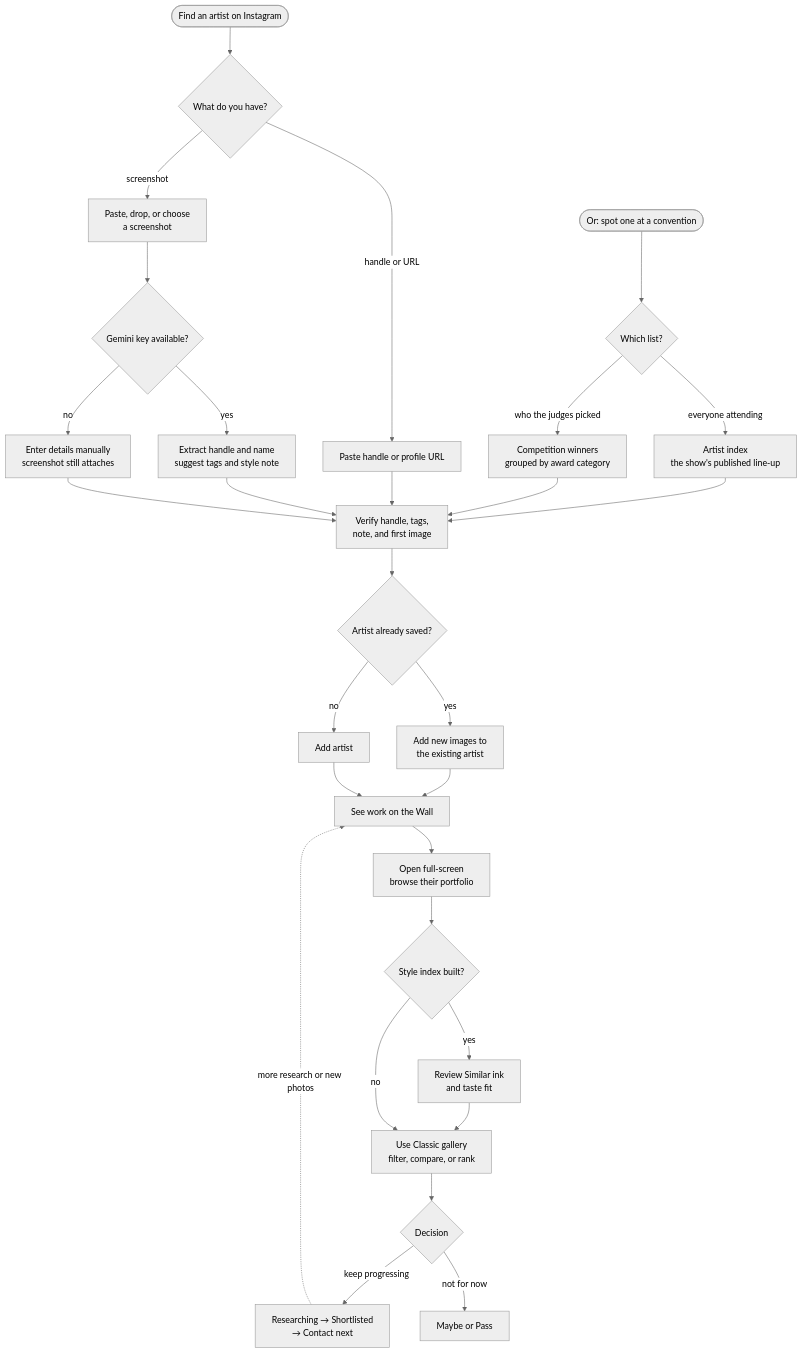
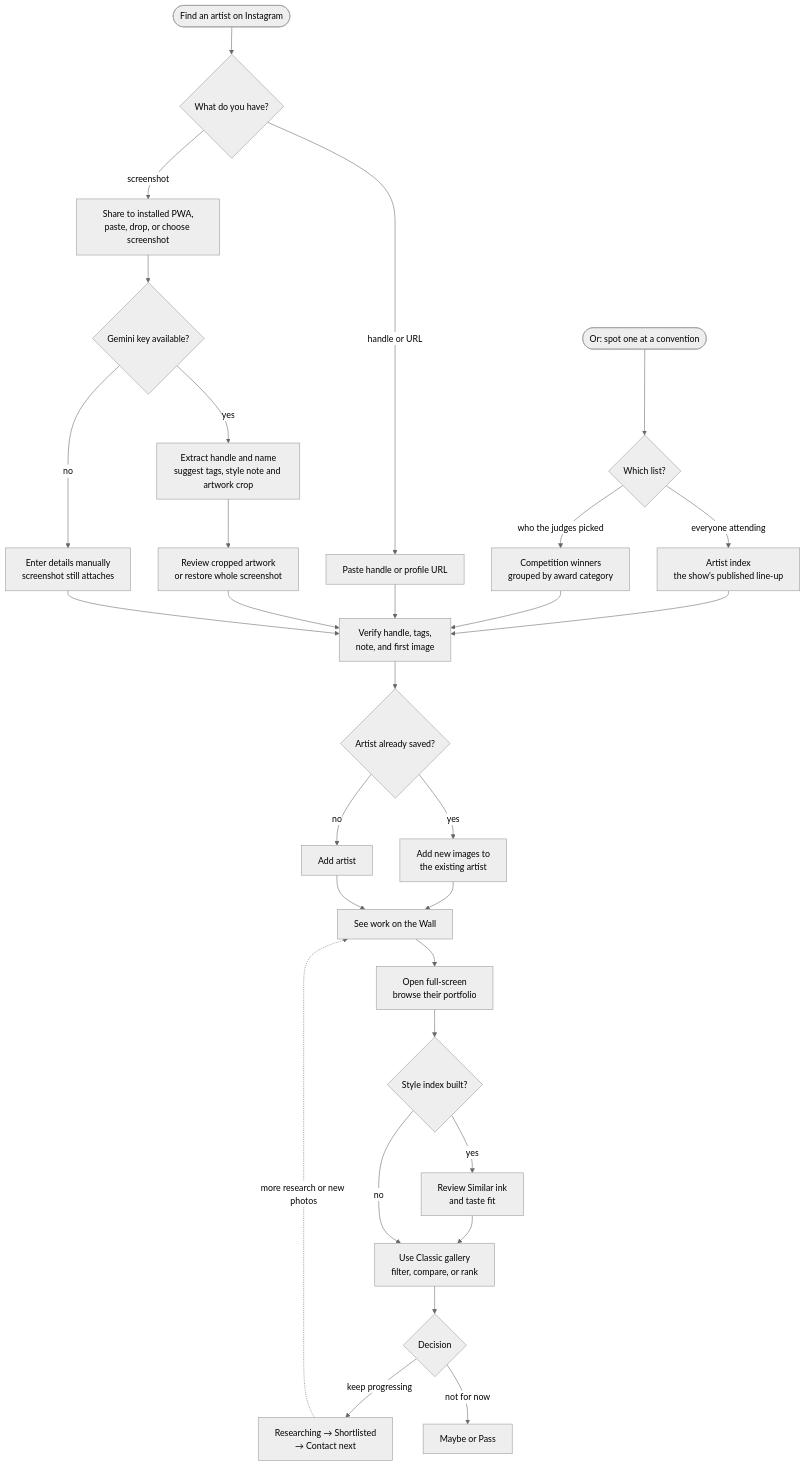
The second of 7 diagrams in docs/USER-WORKFLOWS.md (Pritesh1980/sable), drawn with Mermaid (neutral theme) before and after one commit. The commit also changed other lines of this file and 3 other files, not shown here.

First line of the commit message:
docs: catch up docs with share target, crop review and Top picks

````diff
--- a/docs/USER-WORKFLOWS.md
+++ b/docs/USER-WORKFLOWS.md
@@ -50,45 +50,46 @@
 ```mermaid
 flowchart TB
   START(["Find an artist on Instagram"])
   SHOW(["Or: spot one at a convention"])
   RADARIN{"Which list?"}
   LINEUP["Artist index<br/>the show's published line-up"]
   WINNERS["Competition winners<br/>grouped by award category"]
   CAPTURE{"What do you have?"}
-  SHOT["Paste, drop, or choose<br/>a screenshot"]
+  SHOT["Share to installed PWA,<br/>paste, drop, or choose screenshot"]
   HANDLE["Paste handle or profile URL"]
   KEY{"Gemini key available?"}
-  ANALYSE["Extract handle and name<br/>suggest tags and style note"]
+  ANALYSE["Extract handle and name<br/>suggest tags, style note and artwork crop"]
+  CROP["Review cropped artwork<br/>or restore whole screenshot"]
   MANUAL["Enter details manually<br/>screenshot still attaches"]
   VERIFY["Verify handle, tags,<br/>note, and first image"]
   DUP{"Artist already saved?"}
   APPEND["Add new images to<br/>the existing artist"]
   ADD["Add artist"]
   WALL["See work on the Wall"]
   VIEW["Open full-screen<br/>browse their portfolio"]
   INDEX{"Style index built?"}
   SIMILAR["Review Similar ink<br/>and taste fit"]
   ORGANISE["Use Classic gallery<br/>filter, compare, or rank"]
   STATUS{"Decision"}
   ACTIVE["Researching → Shortlisted<br/>→ Contact next"]
   PARK["Maybe or Pass"]
 
   START --> CAPTURE
   SHOW --> RADARIN
   RADARIN -- "everyone attending" --> LINEUP --> VERIFY
   RADARIN -- "who the judges picked" --> WINNERS --> VERIFY
   CAPTURE -- "screenshot" --> SHOT --> KEY
   CAPTURE -- "handle or URL" --> HANDLE --> VERIFY
-  KEY -- yes --> ANALYSE --> VERIFY
+  KEY -- yes --> ANALYSE --> CROP --> VERIFY
   KEY -- no --> MANUAL --> VERIFY
   VERIFY --> DUP
   DUP -- yes --> APPEND --> WALL
   DUP -- no --> ADD --> WALL
   WALL --> VIEW --> INDEX
   INDEX -- yes --> SIMILAR --> ORGANISE
   INDEX -- no --> ORGANISE
   ORGANISE --> STATUS
   STATUS -- "keep progressing" --> ACTIVE
   STATUS -- "not for now" --> PARK
   ACTIVE -. "more research or new photos" .-> WALL
 ```
````
